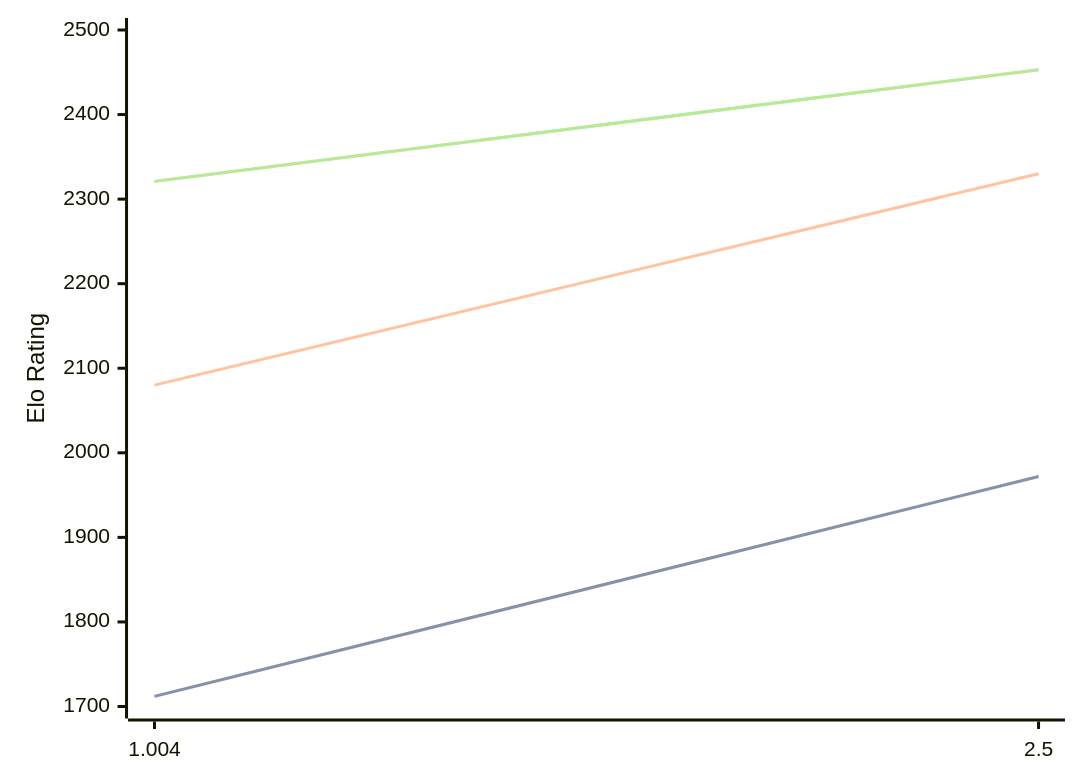
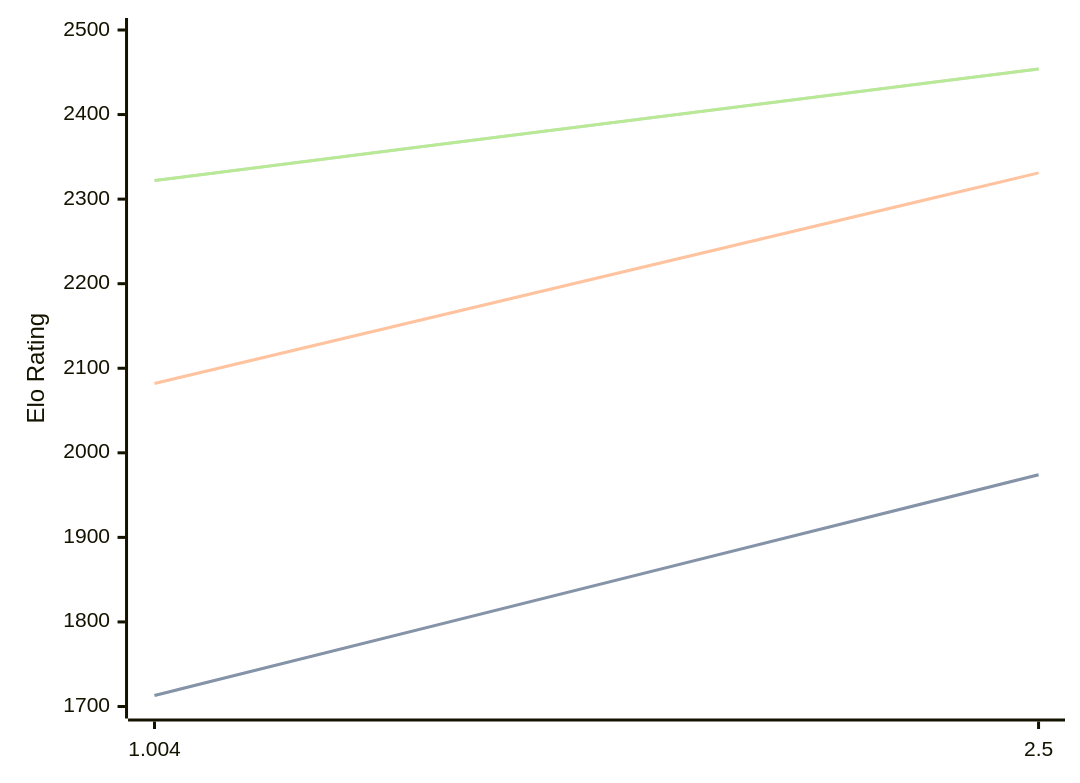
Before and after one commit to computer-chess-index/cci: the diagram in engines/Ares.md, drawn with Mermaid. The commit also changed other lines of this file, not shown here.

Commit message:
Update CCI Ratings (ELO VLTC) - 2026-10-09

````diff
--- a/engines/Ares.md
+++ b/engines/Ares.md
@@ -32,11 +32,11 @@
 ```mermaid
 %%{init: {"theme":"base","themeVariables":{"seriesColors:['#a3a3a3','#222221','#faa371']}}}%%
 xychart-beta
   x-axis ["1.004", "2.5"]
   y-axis "Elo Rating" 1700 --> 2500
-  line "" [1712, 1972]
-  line "STC (8.0+0.08s)" [1712, 1972]
-  line "LTC (60.0+0.60s)" [2080, 2330]
-  line "" [2321, 2453]
-  line "VLTC (2m24s+1.12s)" [2321, 2453]
+  line "" [1713, 1974]
+  line "STC (8.0+0.08s)" [1713, 1974]
+  line "LTC (60.0+0.60s)" [2082, 2331]
+  line "" [2322, 2454]
+  line "VLTC (2m24s+1.12s)" [2322, 2454]
 ```
````
